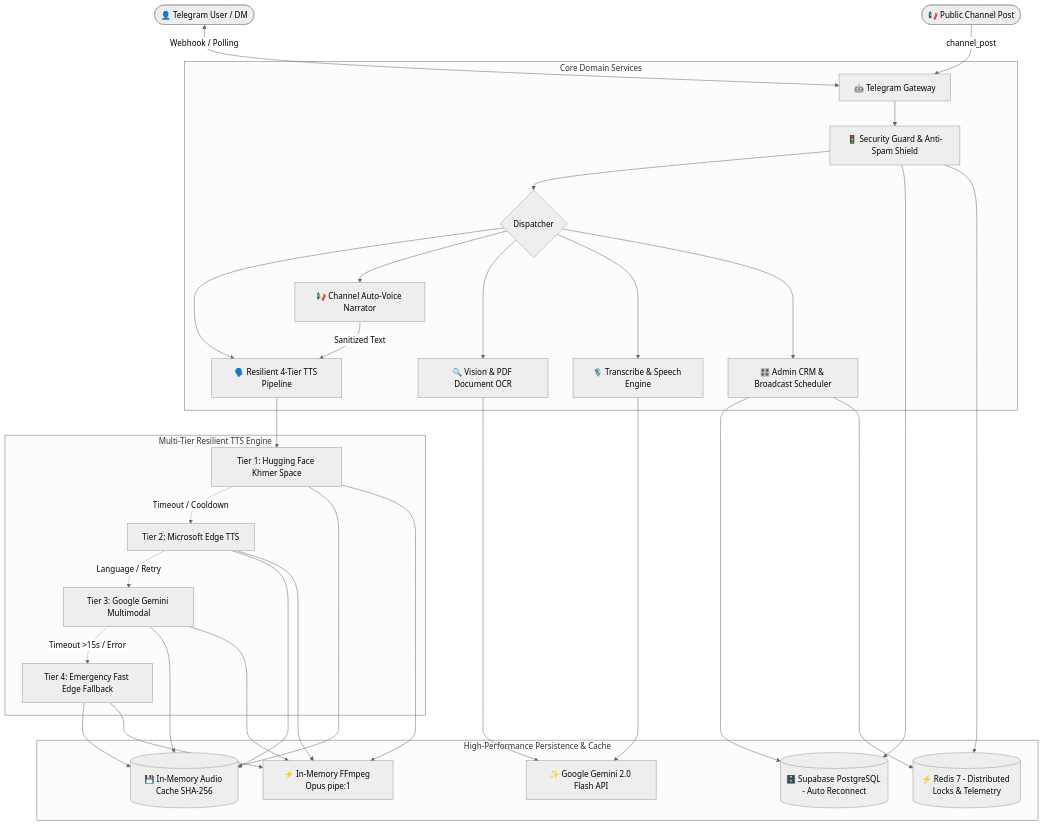
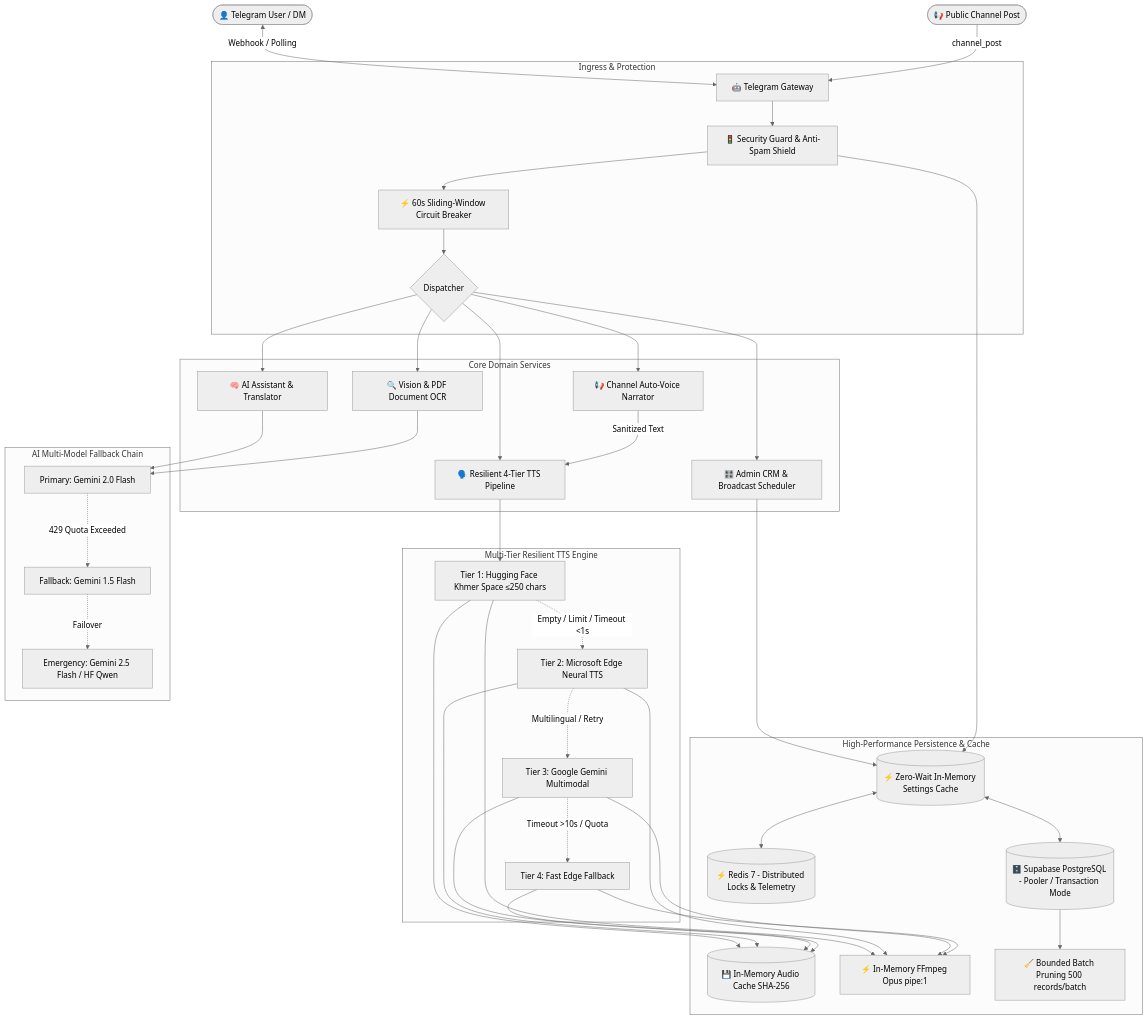
Before and after one commit to Heng-zm/bot-voice: the diagram in README.md, drawn with Mermaid (neutral theme). The commit also changed other lines of this file, not shown here.

Commit message:
docs: update architecture diagram, highlights, and structure in README

````diff
--- a/README.md
+++ b/README.md
@@ -173,32 +173,43 @@
 ```mermaid
 flowchart TD
     User([👤 Telegram User / DM]) <-->|Webhook / Polling| TG[🤖 Telegram Gateway]
     Channel([📢 Public Channel Post]) -->|channel_post| TG
     
+    subgraph "Ingress & Protection"
+        TG --> Guard[🚦 Security Guard & Anti-Spam Shield]
+        Guard --> CB[⚡ 60s Sliding-Window Circuit Breaker]
+        CB --> Router{Dispatcher}
+    end
+
     subgraph "Core Domain Services"
-        TG --> Guard[🚦 Security Guard & Anti-Spam Shield]
-        Guard --> Router{Dispatcher}
         Router --> TTS[🗣️ Resilient 4-Tier TTS Pipeline]
         Router --> ChanNarrator[📢 Channel Auto-Voice Narrator]
         Router --> OCR[🔍 Vision & PDF Document OCR]
-        Router --> STT[🎙️ Transcribe & Speech Engine]
+        Router --> AI[🧠 AI Assistant & Translator]
         Router --> Admin[🎛️ Admin CRM & Broadcast Scheduler]
         
         ChanNarrator -->|Sanitized Text| TTS
     end
     
     subgraph "Multi-Tier Resilient TTS Engine"
-        TTS --> T1[Tier 1: Hugging Face Khmer Space]
-        T1 -.->|Timeout / Cooldown| T2[Tier 2: Microsoft Edge TTS]
-        T2 -.->|Language / Retry| T3[Tier 3: Google Gemini Multimodal]
-        T3 -.->|Timeout >15s / Error| T4[Tier 4: Emergency Fast Edge Fallback]
+        TTS --> T1[Tier 1: Hugging Face Khmer Space ≤250 chars]
+        T1 -.->|Empty / Limit / Timeout <1s| T2[Tier 2: Microsoft Edge Neural TTS]
+        T2 -.->|Multilingual / Retry| T3[Tier 3: Google Gemini Multimodal]
+        T3 -.->|Timeout >10s / Quota| T4[Tier 4: Fast Edge Fallback]
+    end
+
+    subgraph "AI Multi-Model Fallback Chain"
+        AI & OCR --> G1[Primary: Gemini 2.0 Flash]
+        G1 -.->|429 Quota Exceeded| G2[Fallback: Gemini 1.5 Flash]
+        G2 -.->|Failover| G3[Emergency: Gemini 2.5 Flash / HF Qwen]
     end
     
     subgraph "High-Performance Persistence & Cache"
         T1 & T2 & T3 & T4 --> Cache[(💾 In-Memory Audio Cache SHA-256)]
         T1 & T2 & T3 & T4 --> FFmpeg[⚡ In-Memory FFmpeg Opus pipe:1]
-        Admin & Guard --> DB[(🗄️ Supabase PostgreSQL - Auto Reconnect)]
-        Admin & Guard --> Redis[(⚡ Redis 7 - Distributed Locks & Telemetry)]
-        OCR & STT --> Gemini[✨ Google Gemini 2.0 Flash API]
+        Admin & Guard --> MemCache[(⚡ Zero-Wait In-Memory Settings Cache)]
+        MemCache <--> Redis[(⚡ Redis 7 - Distributed Locks & Telemetry)]
+        MemCache <--> DB[(🗄️ Supabase PostgreSQL - Pooler / Transaction Mode)]
+        DB --> Pruner[🧹 Bounded Batch Pruning 500 records/batch]
     end
 ```
````
